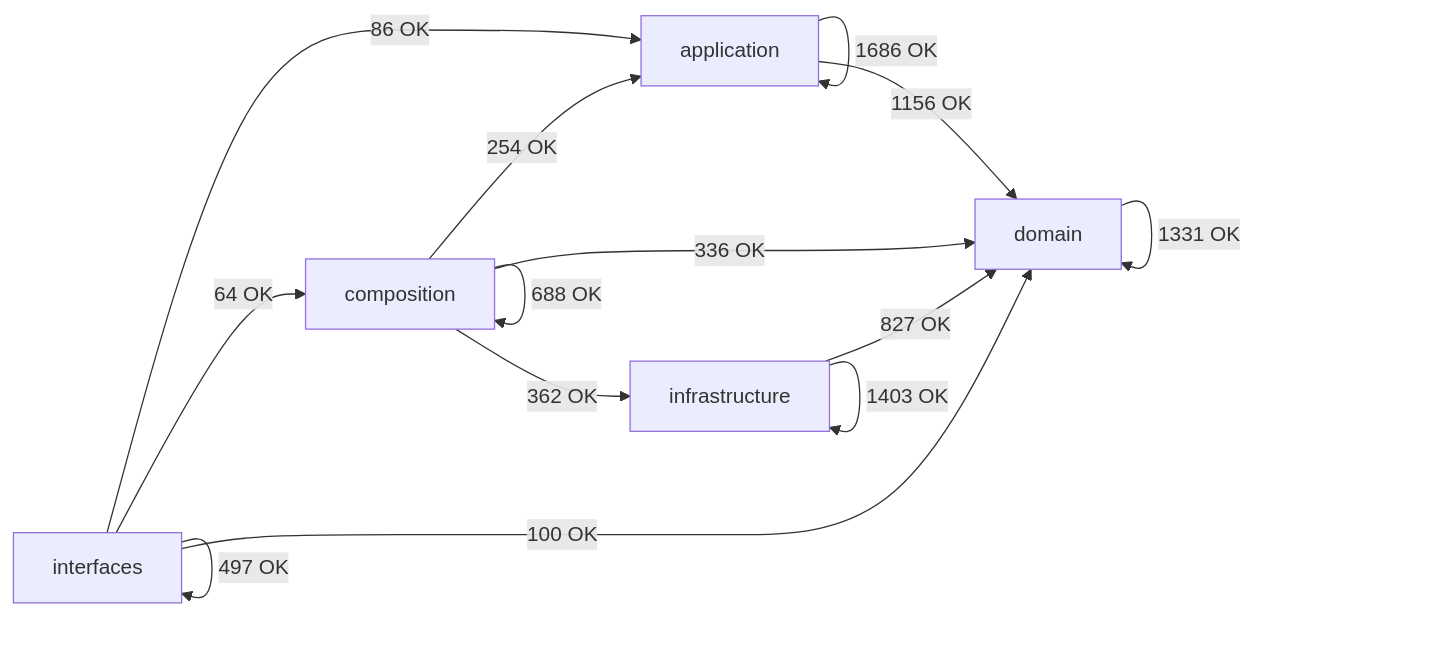
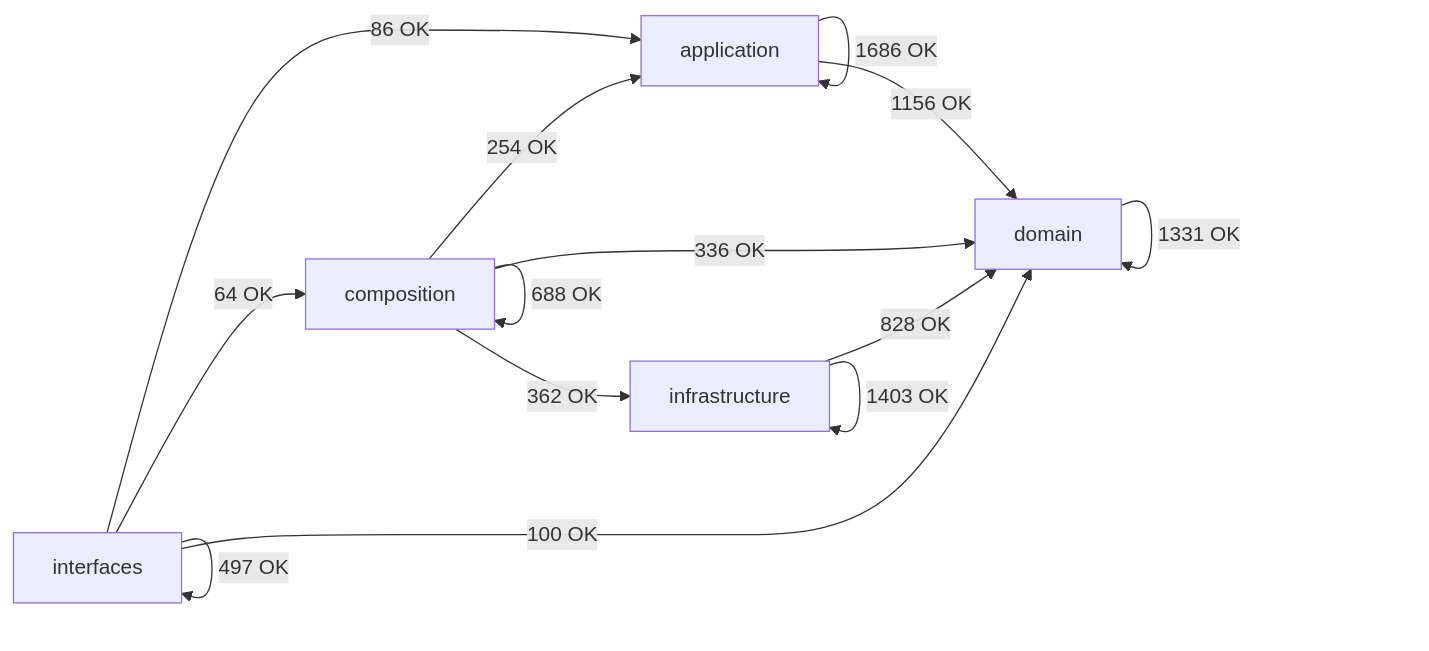
Before and after one commit to SatoryKono/BioactivityDataAcquisition: the diagram in docs/02-architecture/generated/module-dependency-map.md, drawn with Mermaid. The commit also changed other lines of this file and 12 other files, not shown here.

````diff
--- a/docs/02-architecture/generated/module-dependency-map.md
+++ b/docs/02-architecture/generated/module-dependency-map.md
@@ -17,21 +17,21 @@
 ```mermaid
 flowchart LR
     domain[domain]
     application[application]
     infrastructure[infrastructure]
     composition[composition]
     interfaces[interfaces]
     application -->|1686 OK| application
     application -->|1156 OK| domain
     composition -->|254 OK| application
     composition -->|688 OK| composition
     composition -->|336 OK| domain
     composition -->|362 OK| infrastructure
     domain -->|1331 OK| domain
-    infrastructure -->|827 OK| domain
+    infrastructure -->|828 OK| domain
     infrastructure -->|1403 OK| infrastructure
     interfaces -->|86 OK| application
     interfaces -->|64 OK| composition
     interfaces -->|100 OK| domain
     interfaces -->|497 OK| interfaces
 ```
````
